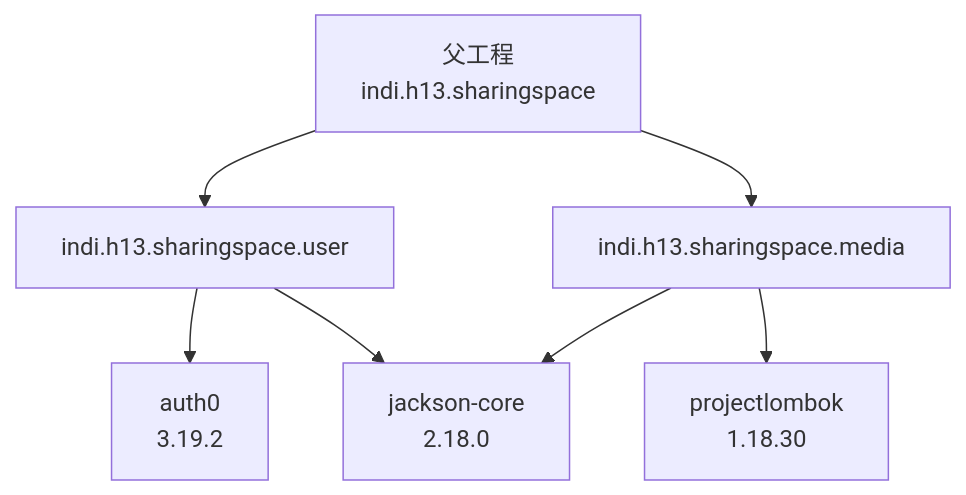
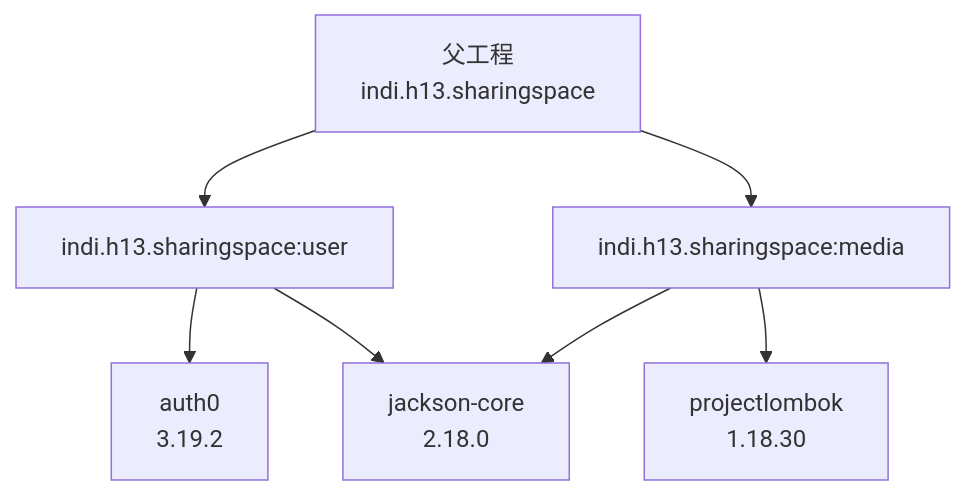
One commit to h13-0/Notebooks changed the second of 2 diagrams in Java/项目管理工具/Maven/Maven.md. Above: the diagram before and after it, drawn with Mermaid. The commit also changed other lines of this file and 5 other files, not shown here.

````diff
--- a/Java/项目管理工具/Maven/Maven.md
+++ b/Java/项目管理工具/Maven/Maven.md
@@ -271,9 +271,9 @@
 ```mermaid
 flowchart TB
-    A[父工程<br>indi.h13.sharingspace] --> B[indi.h13.sharingspace.user]
-    A[父工程<br>indi.h13.sharingspace] --> C[indi.h13.sharingspace.media]
+    A[父工程<br>indi.h13.sharingspace] --> B[indi.h13.sharingspace:user]
+    A[父工程<br>indi.h13.sharingspace] --> C[indi.h13.sharingspace:media]
 	B --> D[auth0<br>3.19.2]
 	B --> E[jackson-core<br>2.18.0]
 	C --> E[jackson-core<br>2.18.0]
 	C --> F[projectlombok<br>1.18.30]
 ```
````
